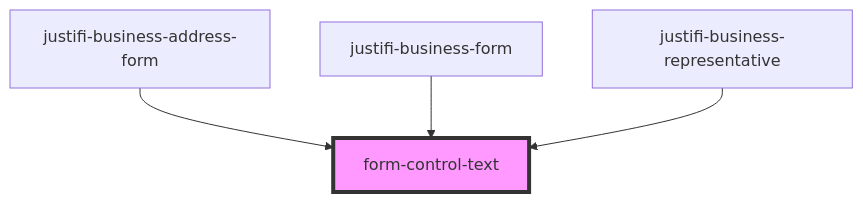
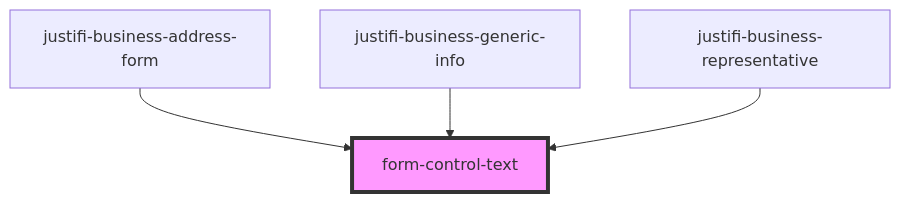
The diagram in stencil-library/src/components/form/readme.md (justifi-tech/web-component-library), drawn with Mermaid before and after one commit. The commit also changed other lines of this file and 7 other files, not shown here.

````diff
--- a/stencil-library/src/components/form/readme.md
+++ b/stencil-library/src/components/form/readme.md
@@ -42,7 +43,7 @@
 ```mermaid
 graph TD;
   justifi-business-address-form --> form-control-text
-  justifi-business-form --> form-control-text
+  justifi-business-generic-info --> form-control-text
   justifi-business-representative --> form-control-text
   style form-control-text fill:#f9f,stroke:#333,stroke-width:4px
 ```
````
